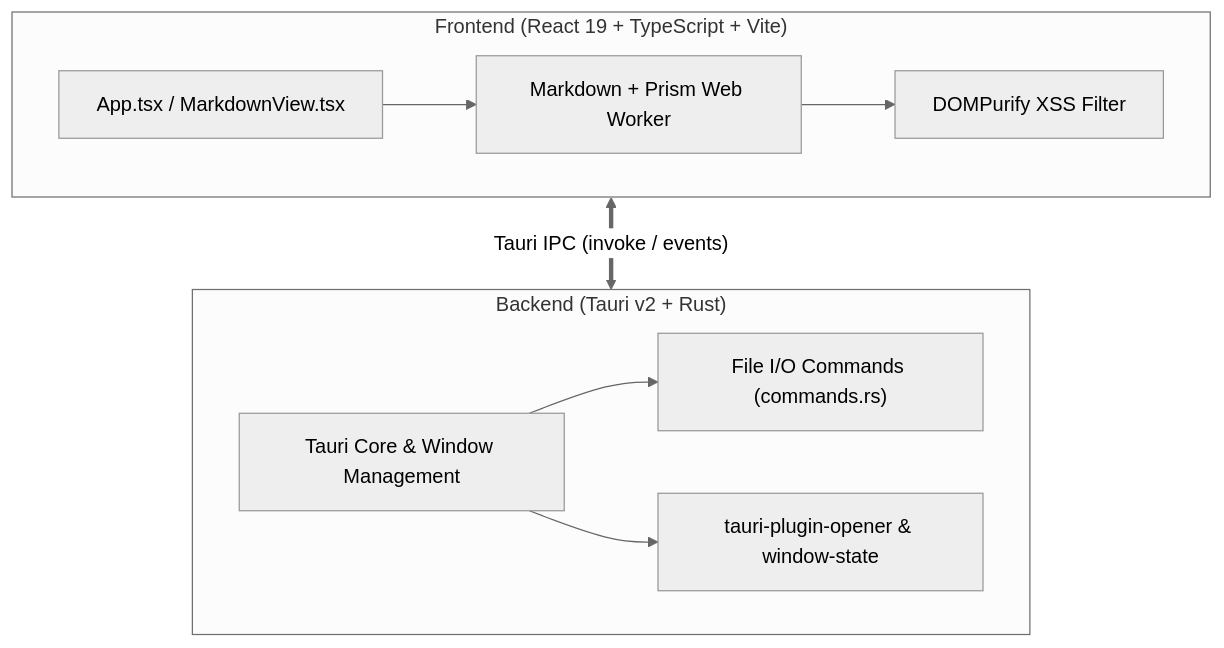
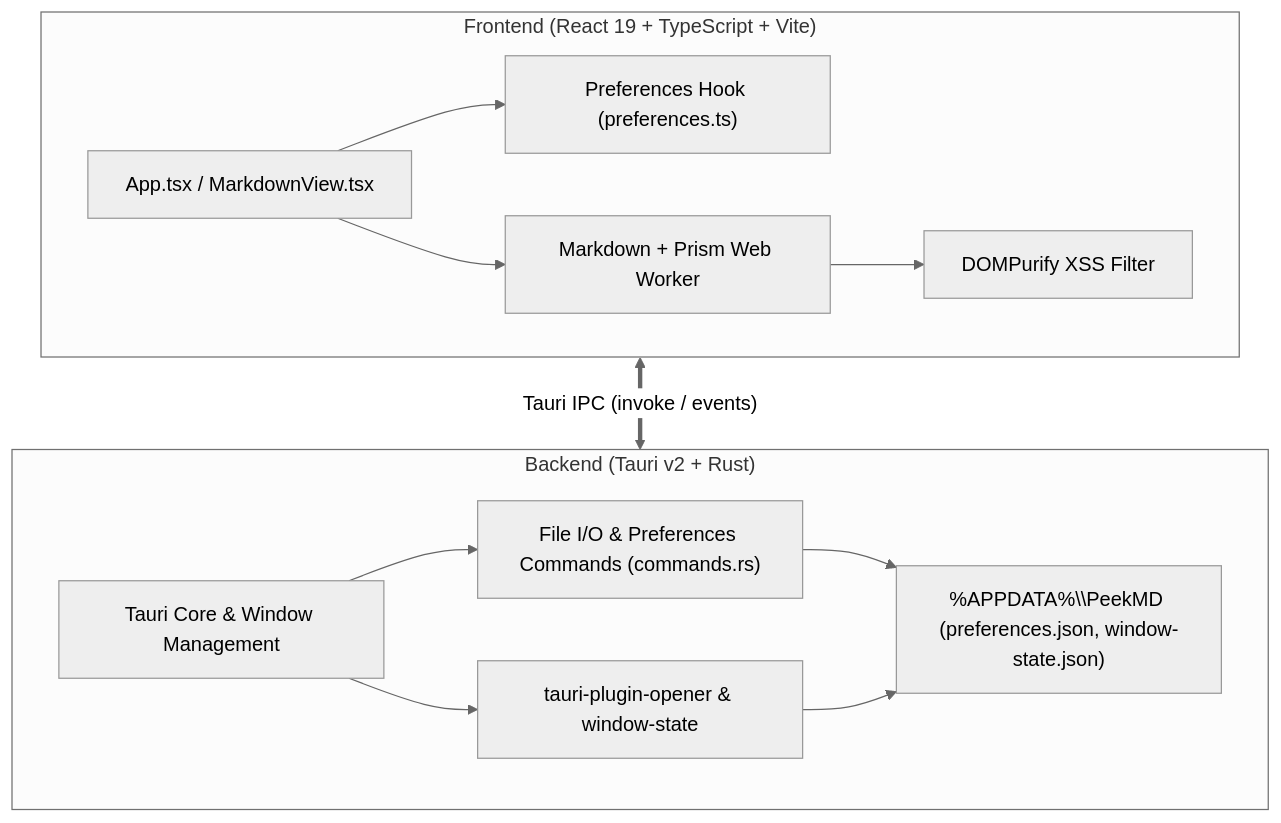
One commit to emirhanakdeniz/PeekMD changed the diagram in README.md. Above: the diagram before and after it, drawn with Mermaid (neutral theme). The commit also changed other lines of this file and 10 other files, not shown here.

Commit message:
feat: persist application preferences and window state in PeekMD folder

````diff
--- a/README.md
+++ b/README.md
@@ -64,22 +88,27 @@
 ```mermaid
 flowchart TD
     subgraph Frontend["Frontend (React 19 + TypeScript + Vite)"]
         UI["App.tsx / MarkdownView.tsx"]
+        Pref["Preferences Hook (preferences.ts)"]
         Worker["Markdown + Prism Web Worker"]
         Sanitize["DOMPurify XSS Filter"]
         
+        UI --> Pref
         UI --> Worker
         Worker --> Sanitize
     end
 
     subgraph Backend["Backend (Tauri v2 + Rust)"]
         Core["Tauri Core & Window Management"]
-        Commands["File I/O Commands (commands.rs)"]
+        Commands["File I/O & Preferences Commands (commands.rs)"]
         Plugins["tauri-plugin-opener & window-state"]
+        Storage["%APPDATA%\\PeekMD (preferences.json, window-state.json)"]
         
         Core --> Commands
         Core --> Plugins
+        Commands --> Storage
+        Plugins --> Storage
     end
 
     Frontend <==>|"Tauri IPC (invoke / events)"| Backend
 ```
````
